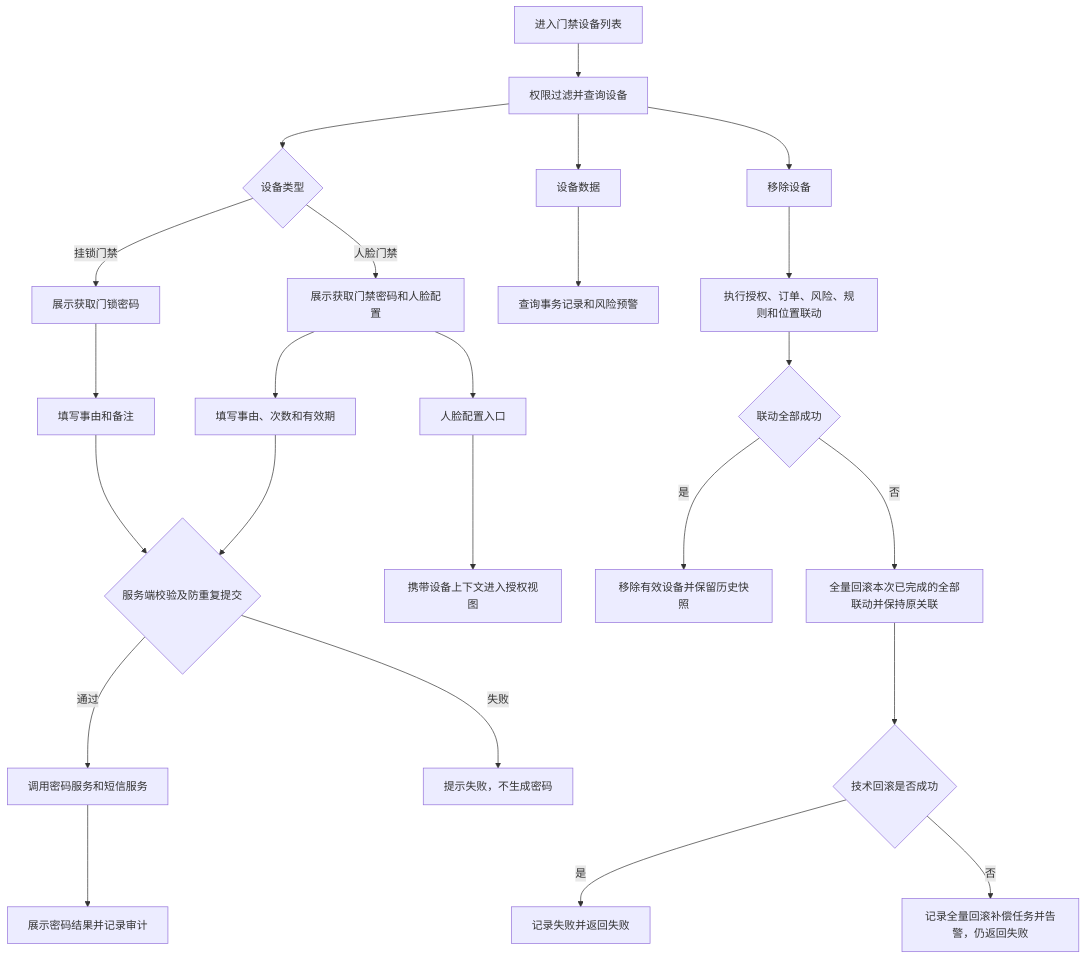
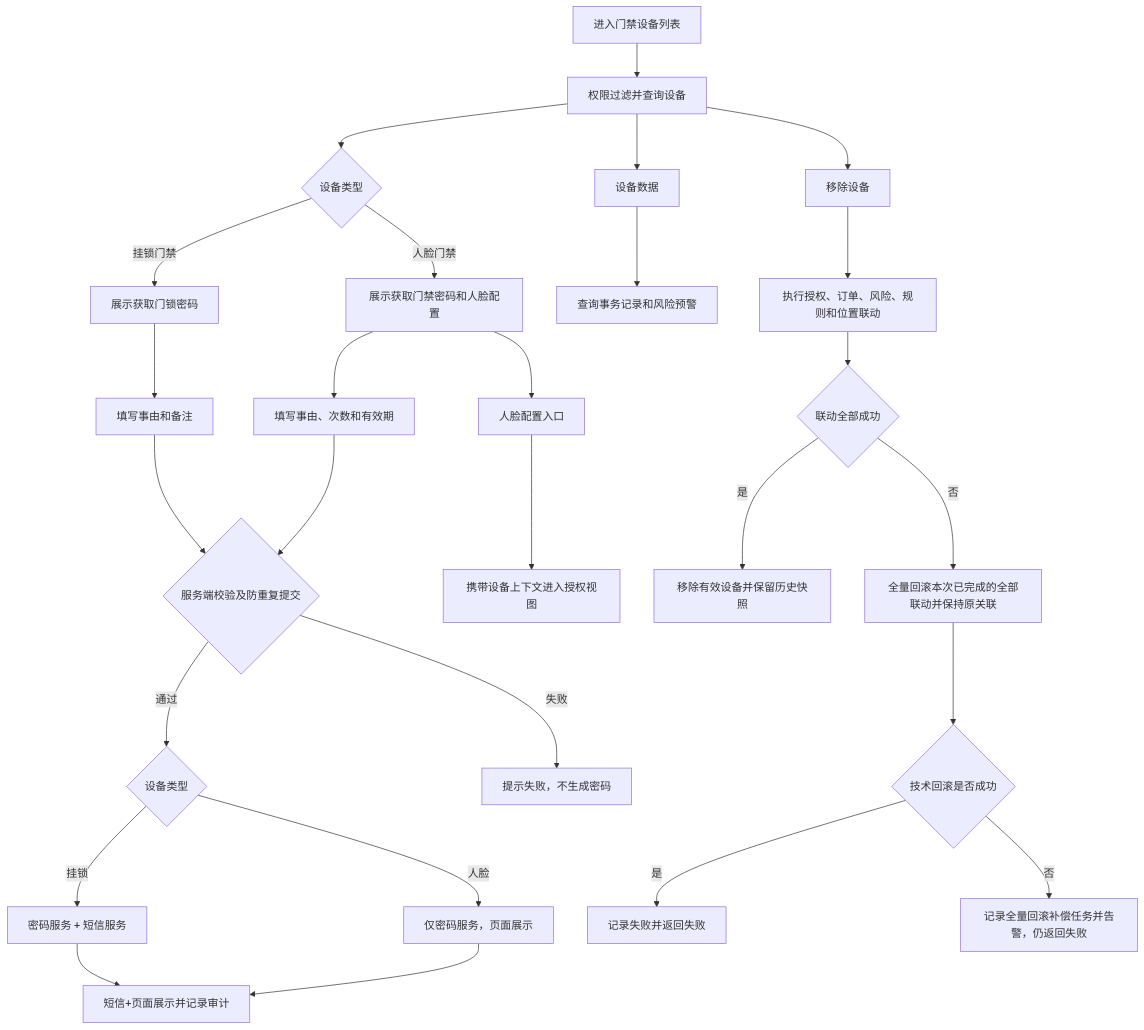
The diagram in 02-PRD文档/B-迭代需求/6.2版本（2026.08）/01-物联网IOT管理/02门禁设备/门禁设备业务规则规格.md (RobertHuang999/SYZC), drawn with Mermaid before and after one commit. The commit also changed other lines of this file and 240 other files, not shown here.

````diff
--- a/02-PRD文档/B-迭代需求/6.2版本（2026.08）/01-物联网IOT管理/02门禁设备/门禁设备业务规则规格.md
+++ b/02-PRD文档/B-迭代需求/6.2版本（2026.08）/01-物联网IOT管理/02门禁设备/门禁设备业务规则规格.md
@@ -55,26 +69,29 @@
 ```mermaid
 flowchart TD
     A[进入门禁设备列表] --> B[权限过滤并查询设备]
     B --> C{设备类型}
     C -->|挂锁门禁| D[展示获取门锁密码]
     C -->|人脸门禁| E[展示获取门禁密码和人脸配置]
     B --> F[设备数据]
     F --> G[查询事务记录和风险预警]
     D --> H[填写事由和备注]
     E --> I[填写事由、次数和有效期]
     H --> J{服务端校验及防重复提交}
     I --> J
-    J -->|通过| K[调用密码服务和短信服务]
+    J -->|通过| K{设备类型}
+    K -->|挂锁| K1[密码服务 + 短信服务]
+    K -->|人脸| K2[仅密码服务，页面展示]
     J -->|失败| L[提示失败，不生成密码]
-    K --> M[展示密码结果并记录审计]
+    K1 --> M[短信+页面展示并记录审计]
+    K2 --> M
     E --> N[人脸配置入口]
     N --> O[携带设备上下文进入授权视图]
     B --> P[移除设备]
     P --> Q[执行授权、订单、风险、规则和位置联动]
     Q --> R{联动全部成功}
     R -->|是| S[移除有效设备并保留历史快照]
     R -->|否| T[全量回滚本次已完成的全部联动并保持原关联]
     T --> U{技术回滚是否成功}
     U -->|是| V[记录失败并返回失败]
     U -->|否| W[记录全量回滚补偿任务并告警，仍返回失败]
 ```
````
